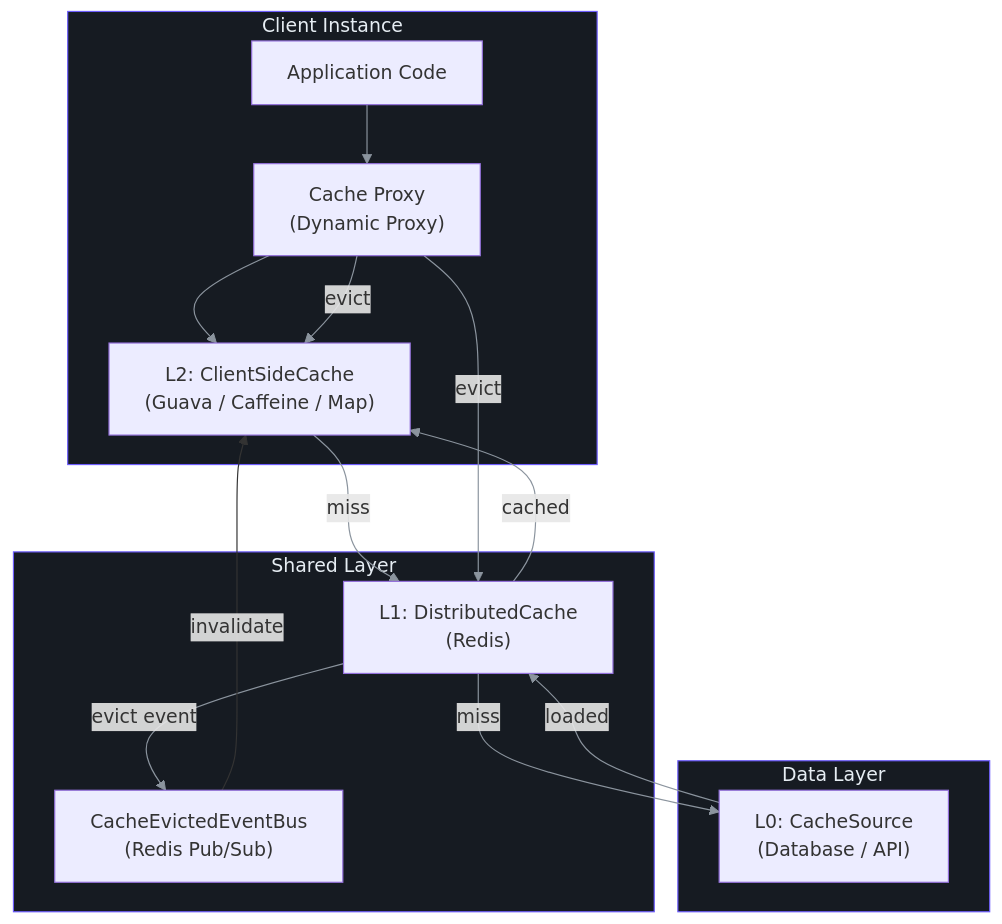
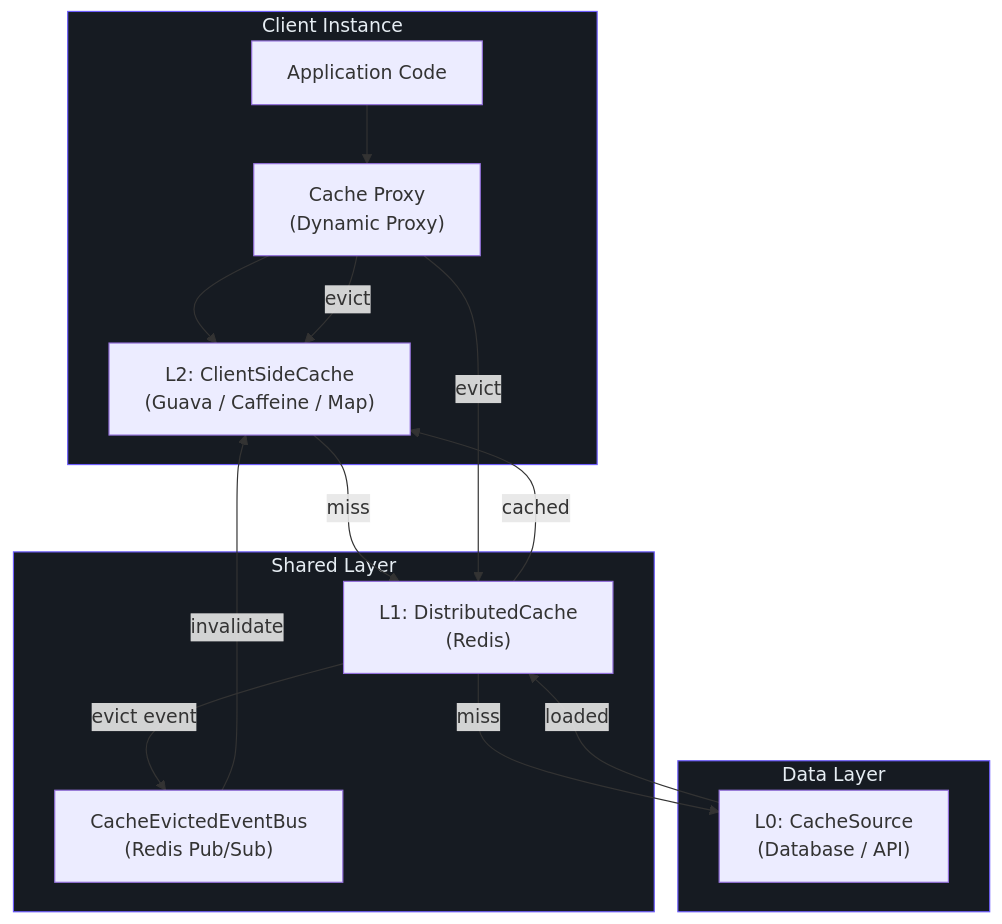
One commit to Ahoo-Wang/CoCache changed the second of 5 diagrams in wiki/api/index.md. Above: the diagram before and after it, drawn with Mermaid. The commit also changed other lines of this file and 4 other files, not shown here.

First line of the commit message:
fix(wiki): remove all numbered linkStyle directives from mermaid diagrams

````diff
--- a/wiki/api/index.md
+++ b/wiki/api/index.md
@@ -103,41 +103,32 @@
 ```mermaid
 graph TB
     subgraph Client["Client Instance"]
         style Client fill:#161b22,stroke:#6d5dfc,color:#e6edf3
         App["Application Code"]
         Proxy["Cache Proxy<br>(Dynamic Proxy)"]
         L2["L2: ClientSideCache<br>(Guava / Caffeine / Map)"]
     end
 
     subgraph Distributed["Shared Layer"]
         style Distributed fill:#161b22,stroke:#6d5dfc,color:#e6edf3
         L1["L1: DistributedCache<br>(Redis)"]
         EventBus["CacheEvictedEventBus<br>(Redis Pub/Sub)"]
     end
 
     subgraph DataSource["Data Layer"]
         style DataSource fill:#161b22,stroke:#6d5dfc,color:#e6edf3
         L0["L0: CacheSource<br>(Database / API)"]
     end
 
     App --> Proxy
     Proxy --> L2
     L2 -- "miss" --> L1
     L1 -- "miss" --> L0
     L0 -- "loaded" --> L1
     L1 -- "cached" --> L2
     Proxy -- "evict" --> L2
     Proxy -- "evict" --> L1
     L1 -- "evict event" --> EventBus
     EventBus -- "invalidate" --> L2
 
-    linkStyle 0 stroke:#8b949e
-    linkStyle 1 stroke:#8b949e
-    linkStyle 2 stroke:#8b949e
-    linkStyle 3 stroke:#8b949e
-    linkStyle 4 stroke:#8b949e
-    linkStyle 5 stroke:#8b949e
-    linkStyle 6 stroke:#8b949e
-    linkStyle 7 stroke:#8b949e
-    linkStyle 8 stroke:#8b949e
 ```
````
